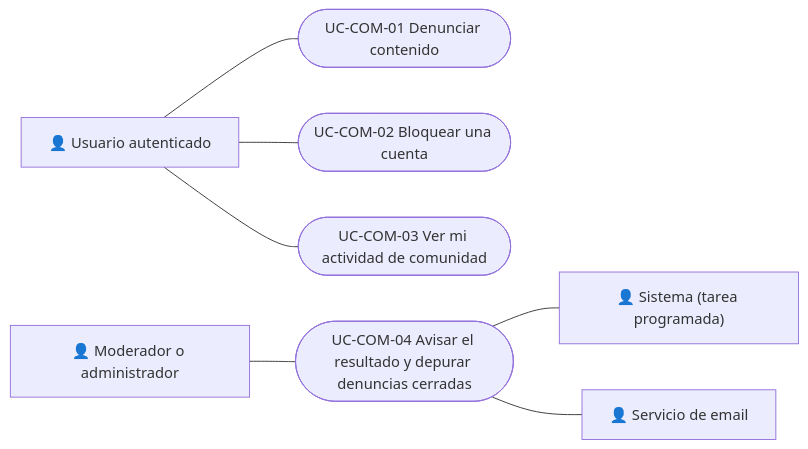
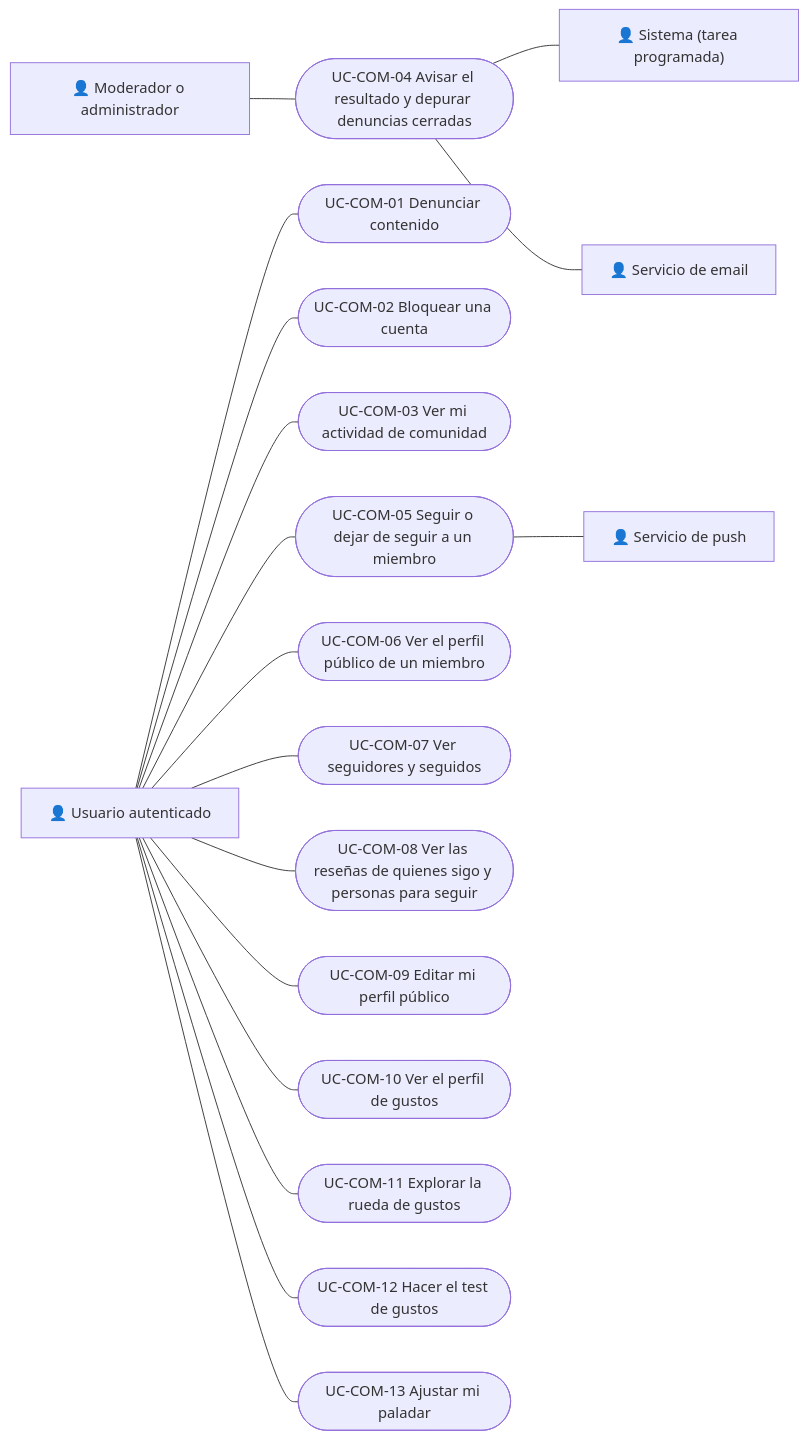
One commit to Bielaszczuk/vinnot-demo changed the diagram in docs/es/modules/community/use-cases/README.md. Above: the diagram before and after it, drawn with Mermaid. The commit also changed other lines of this file and 703 other files, not shown here.

````diff
--- a/docs/es/modules/community/use-cases/README.md
+++ b/docs/es/modules/community/use-cases/README.md
@@ -14,17 +23,37 @@
 ```mermaid
 flowchart LR
     A1["👤 Usuario autenticado"]
     A2["👤 Moderador o administrador"]
     A3["👤 Sistema (tarea programada)"]
     A4["👤 Servicio de email"]
+    A5["👤 Servicio de push"]
     U01(["UC-COM-01 Denunciar contenido"])
     U02(["UC-COM-02 Bloquear una cuenta"])
     U03(["UC-COM-03 Ver mi actividad de comunidad"])
     U04(["UC-COM-04 Avisar el resultado y depurar denuncias cerradas"])
+    U05(["UC-COM-05 Seguir o dejar de seguir a un miembro"])
+    U06(["UC-COM-06 Ver el perfil público de un miembro"])
+    U07(["UC-COM-07 Ver seguidores y seguidos"])
+    U08(["UC-COM-08 Ver las reseñas de quienes sigo y personas para seguir"])
+    U09(["UC-COM-09 Editar mi perfil público"])
+    U10(["UC-COM-10 Ver el perfil de gustos"])
+    U11(["UC-COM-11 Explorar la rueda de gustos"])
+    U12(["UC-COM-12 Hacer el test de gustos"])
+    U13(["UC-COM-13 Ajustar mi paladar"])
     A1 --- U01
     A1 --- U02
     A1 --- U03
     A2 --- U04
     U04 --- A3
     U04 --- A4
+    A1 --- U05
+    U05 --- A5
+    A1 --- U06
+    A1 --- U07
+    A1 --- U08
+    A1 --- U09
+    A1 --- U10
+    A1 --- U11
+    A1 --- U12
+    A1 --- U13
 ```
````
